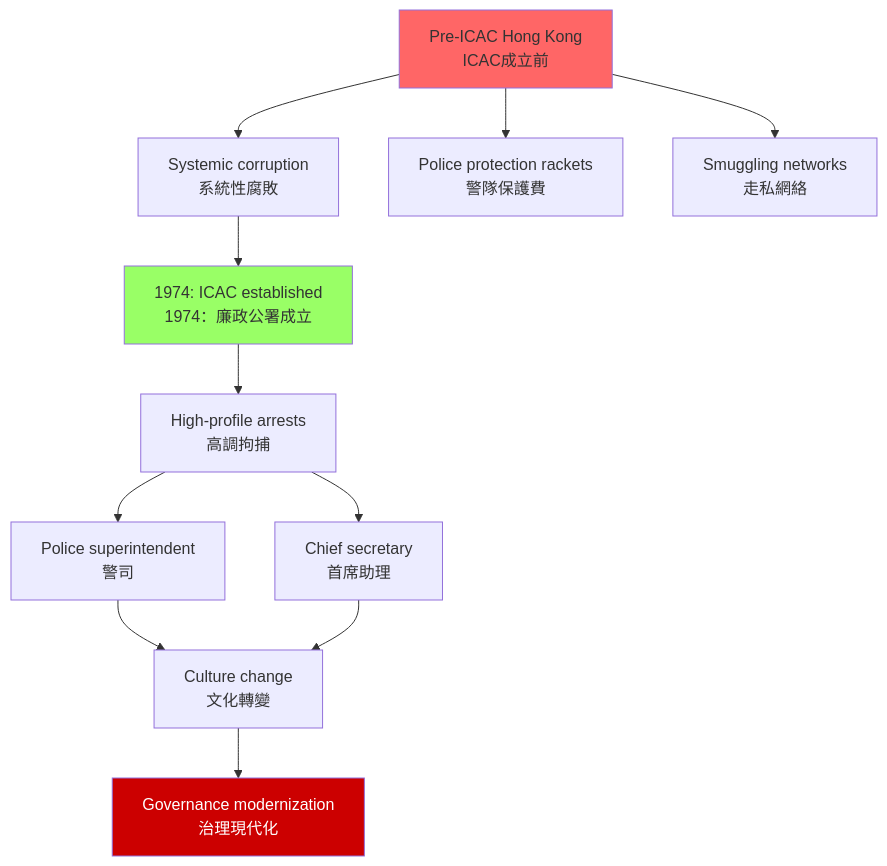
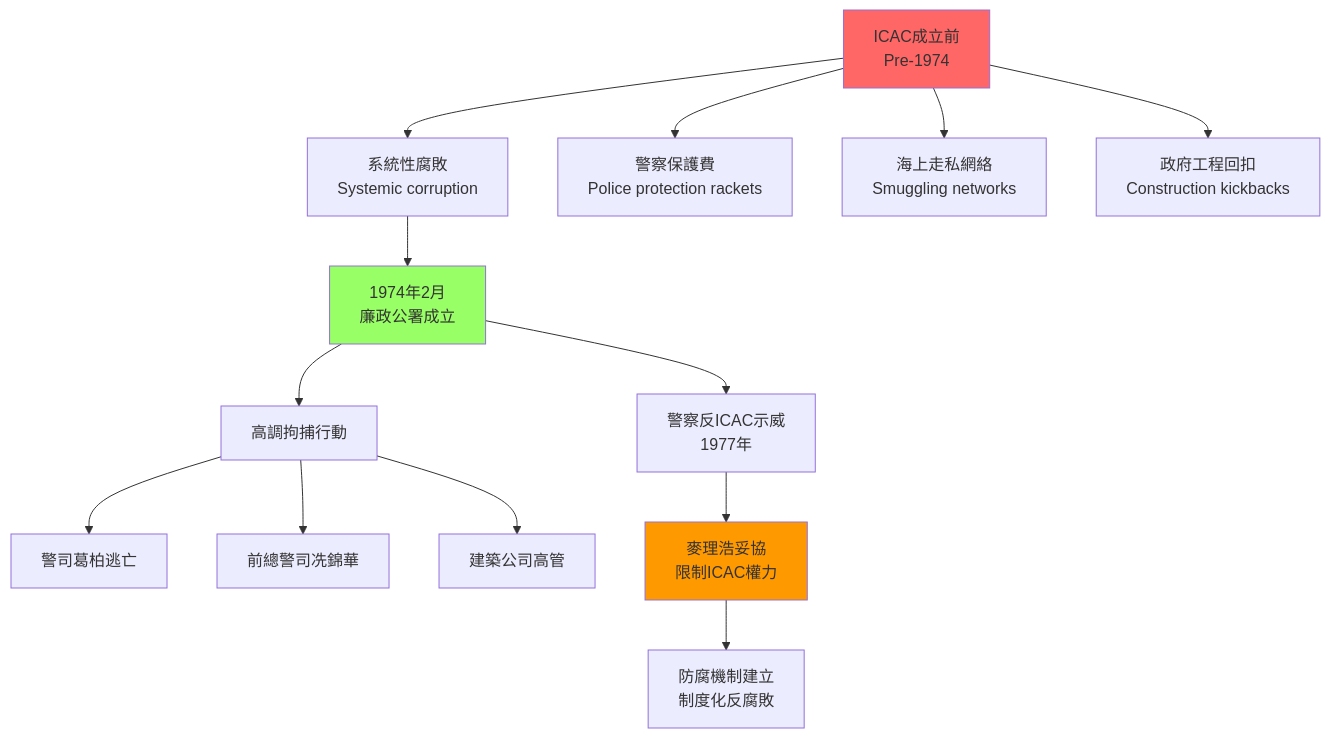
One commit to yip-lgtm/HKU-Harvard-History-Self-Study changed the fourth of 5 diagrams in 01_HKU_Courses/HIST1017_Modern_Hong_Kong.md. Above: the diagram before and after it, drawn with Mermaid. The commit also changed other lines of this file and 22 other files, not shown here.

````diff
--- a/01_HKU_Courses/HIST1017_Modern_Hong_Kong.md
+++ b/01_HKU_Courses/HIST1017_Modern_Hong_Kong.md
@@ -153,19 +400,22 @@
 ```mermaid
 graph TD
-    A[Pre-ICAC Hong Kong<br/>ICAC成立前] --> B[Systemic corruption<br/>系統性腐敗]
-    A --> C[Police protection rackets<br/>警隊保護費]
-    A --> D[Smuggling networks<br/>走私網絡]
+    A[ICAC成立前<br/>Pre-1974] --> B[系統性腐敗<br/>Systemic corruption]
+    A --> C[警察保護費<br/>Police protection rackets]
+    A --> D[海上走私網絡<br/>Smuggling networks]
+    A --> E[政府工程回扣<br/>Construction kickbacks]
     
-    B --> E[1974: ICAC established<br/>1974：廉政公署成立]
-    E --> F[High-profile arrests<br/>高調拘捕]
-    F --> G[Police superintendent<br/>警司]
-    F --> H[Chief secretary<br/>首席助理]
+    B --> F[1974年2月<br/>廉政公署成立]
+    F --> G[高調拘捕行動]
+    G --> H[警司葛柏逃亡]
+    G --> I[前總警司冼錦華]
+    G --> J[建築公司高管]
     
-    G --> I[Culture change<br/>文化轉變]
-    H --> I
-    I --> J[Governance modernization<br/>治理現代化]
+    F --> K[警察反ICAC示威<br/>1977年]
+    K --> L[麥理浩妥協<br/>限制ICAC權力]
+    
+    L --> M[防腐機制建立<br/>制度化反腐敗]
     
     style A fill:#f66
-    style E fill:#9f6
-    style J fill:#c00,color:#fff
+    style F fill:#9f6
+    style L fill:#f90
 ```
````
